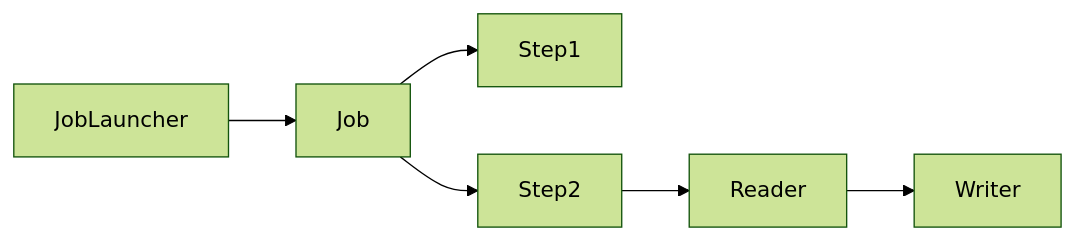
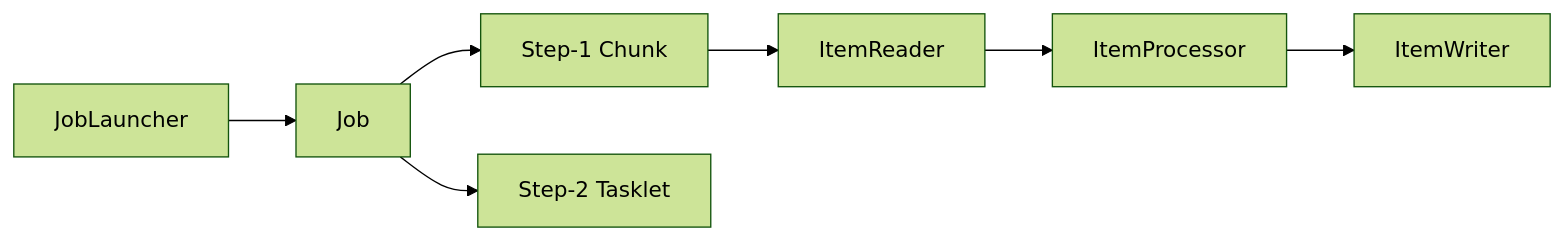
One commit to yjkim2015/yjkim2015.github.io changed the first of 8 diagrams in _posts/spring/2026-05-02-spring-batch-deep.md. Above: the diagram before and after it, drawn with Mermaid (forest theme). The commit also changed other lines of this file and 4 other files, not shown here.

````diff
--- a/_posts/spring/2026-05-02-spring-batch-deep.md
+++ b/_posts/spring/2026-05-02-spring-batch-deep.md
@@ -18,7 +25,9 @@
 ```mermaid
 graph LR
-    A[JobLauncher] --> B[Job]
-    B --> C[Step1]
-    B --> D[Step2]
-    D --> R[Reader] --> W[Writer]
+    JL[JobLauncher] --> J[Job]
+    J --> S1[Step-1 Chunk]
+    J --> S2[Step-2 Tasklet]
+    S1 --> R[ItemReader]
+    R --> P[ItemProcessor]
+    P --> W[ItemWriter]
 ```
````
